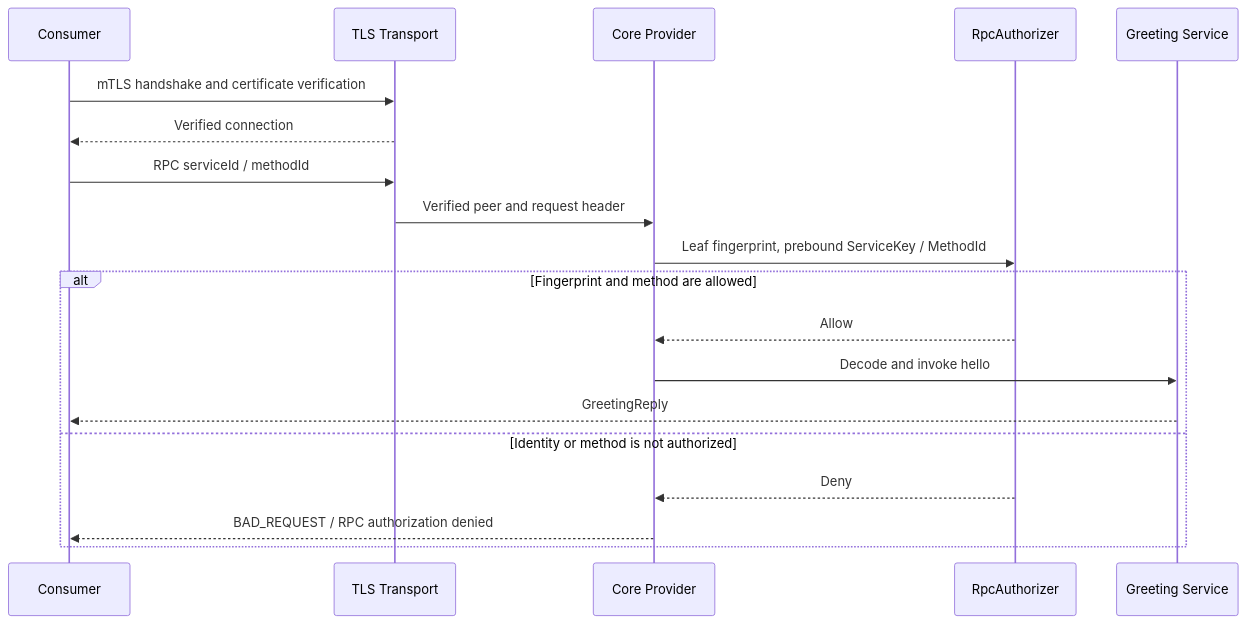
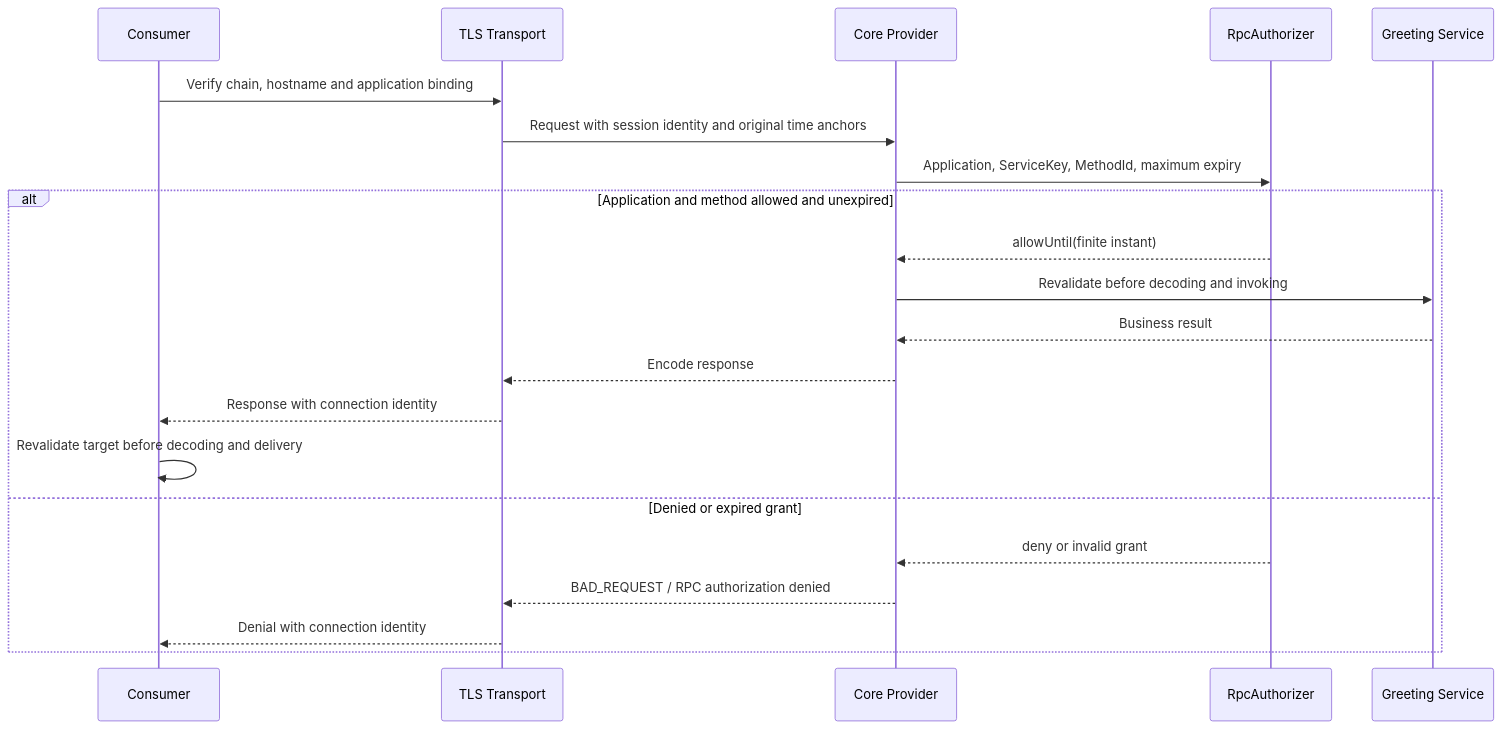
Before and after one commit to Ryan-Guizhou/otryx-rpc: the third of 3 diagrams in otryx-quickstart/README.en-US.md, drawn with Mermaid. The commit also changed other lines of this file and 224 other files, not shown here.

Commit message:
feat(security): enforce explicit profiles and verified application identities

````diff
--- a/otryx-quickstart/README.en-US.md
+++ b/otryx-quickstart/README.en-US.md
@@ -277,21 +303,23 @@
 ```mermaid
 sequenceDiagram
     participant C as Consumer
     participant T as TLS Transport
     participant P as Core Provider
     participant A as RpcAuthorizer
     participant S as Greeting Service
-    C->>T: mTLS handshake and certificate verification
-    T-->>C: Verified connection
-    C->>T: RPC serviceId / methodId
-    T->>P: Verified peer and request header
-    P->>A: Leaf fingerprint, prebound ServiceKey / MethodId
-    alt Fingerprint and method are allowed
-        A-->>P: Allow
-        P->>S: Decode and invoke hello
-        S-->>C: GreetingReply
-    else Identity or method is not authorized
-        A-->>P: Deny
-        P-->>C: BAD_REQUEST / RPC authorization denied
+    C->>T: Verify chain, hostname and application binding
+    T->>P: Request with session identity and original time anchors
+    P->>A: Application, ServiceKey, MethodId, maximum expiry
+    alt Application and method allowed and unexpired
+        A-->>P: allowUntil(finite instant)
+        P->>S: Revalidate before decoding and invoking
+        S-->>P: Business result
+        P-->>T: Encode response
+        T-->>C: Response with connection identity
+        C->>C: Revalidate target before decoding and delivery
+    else Denied or expired grant
+        A-->>P: deny or invalid grant
+        P-->>T: BAD_REQUEST / RPC authorization denied
+        T-->>C: Denial with connection identity
     end
 ```
````
